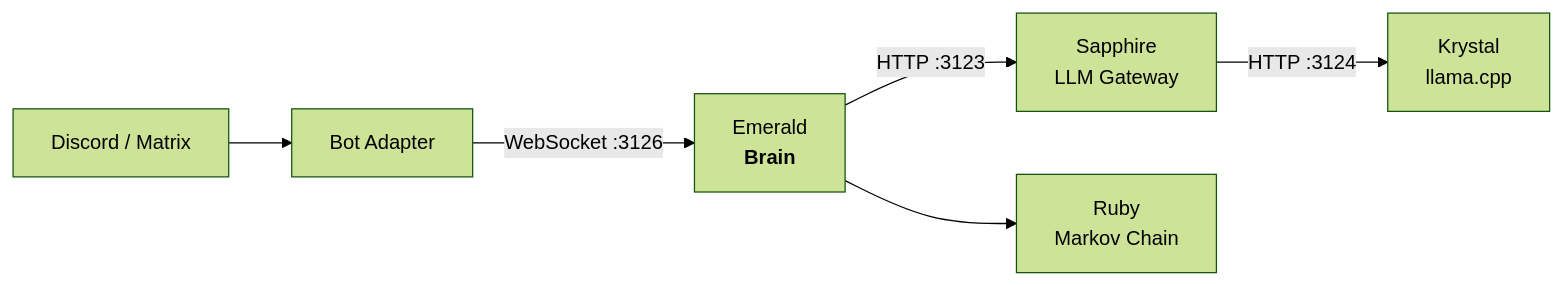
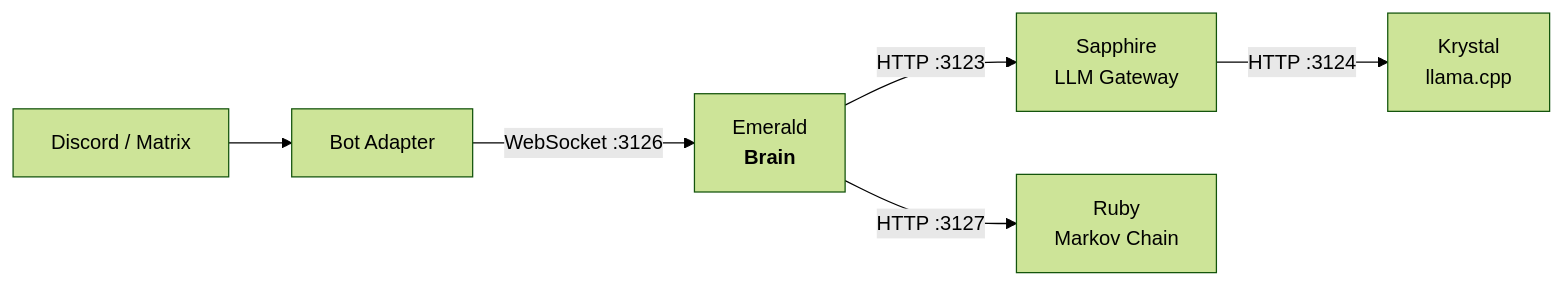
The diagram in README.md (protocol-luna/emerald), drawn with Mermaid (forest theme) before and after one commit. The commit also changed other lines of this file, not shown here.

````diff
--- a/README.md
+++ b/README.md
@@ -29,8 +26,8 @@
 ```mermaid
 graph LR
     Platform["Discord / Matrix"] --> Bot["Bot Adapter"]
     Bot -- "WebSocket :3126" --> Emerald["Emerald<br/><strong>Brain</strong>"]
     Emerald -- "HTTP :3123" --> Sapphire["Sapphire<br/>LLM Gateway"]
     Sapphire -- "HTTP :3124" --> Krystal["Krystal<br/>llama.cpp"]
-    Emerald --> Ruby["Ruby<br/>Markov Chain"]
+    Emerald -- "HTTP :3127" --> Ruby["Ruby<br/>Markov Chain"]
 ```
````
